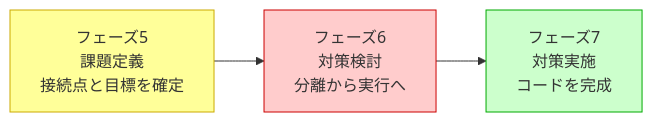
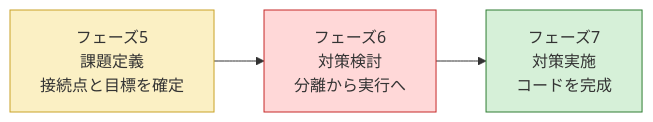
One commit to kumachan1101-pixel/DesignPattern changed the second of 4 diagrams in kindle/design-patterns/books/volume01-core-patterns/output/02-chapter00.md. Above: the diagram before and after it, drawn with Mermaid. The commit also changed other lines of this file and 6 other files, not shown here.

````diff
--- a/kindle/design-patterns/books/volume01-core-patterns/output/02-chapter00.md
+++ b/kindle/design-patterns/books/volume01-core-patterns/output/02-chapter00.md
@@ -112,11 +112,11 @@
 ```mermaid
 flowchart LR
     PH5["フェーズ5<br>課題定義<br>接続点と目標を確定"]
     PH6["フェーズ6<br>対策検討<br>分離から実行へ"]
     PH7["フェーズ7<br>対策実施<br>コードを完成"]
     PH5 --> PH6 --> PH7
 
-    style PH5 fill:#ffff99,stroke:#ccaa00
-    style PH6 fill:#ffcccc,stroke:#cc0000
-    style PH7 fill:#ccffcc,stroke:#00aa00
+    style PH5 fill:#fbf0c4,stroke:#c9a227
+    style PH6 fill:#ffd8d8,stroke:#c62828
+    style PH7 fill:#d6f0d8,stroke:#2e7d32
 ```
````
